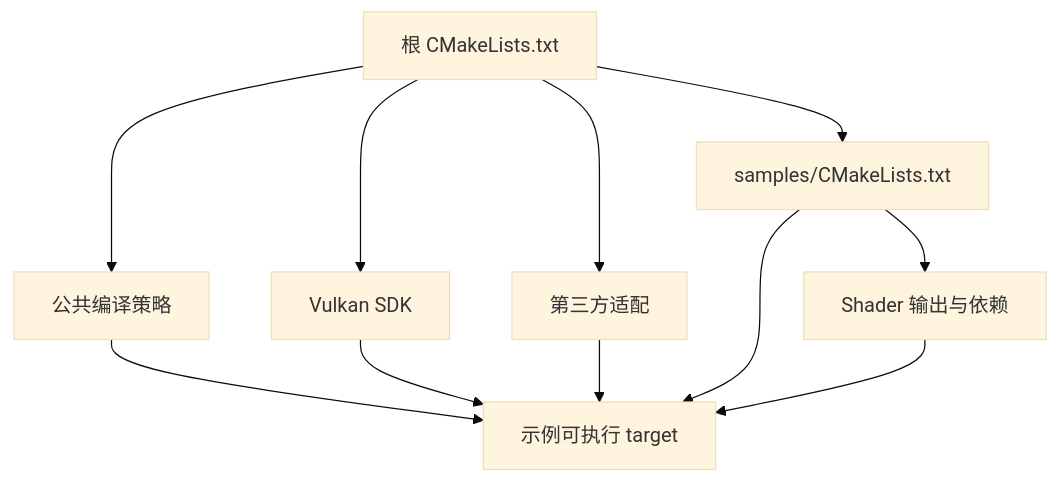
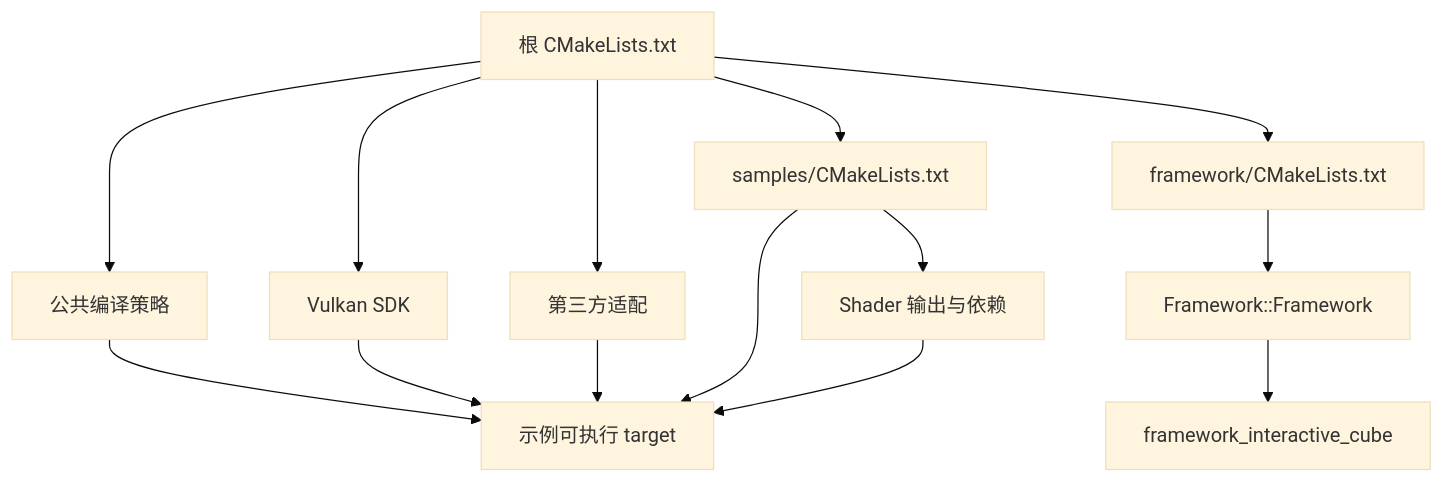
One commit to parkerkit/vulkan-labs changed the diagram in docs/project-layout.md. Above: the diagram before and after it, drawn with Mermaid (base theme). The commit also changed other lines of this file and 45 other files, not shown here.

````diff
--- a/docs/project-layout.md
+++ b/docs/project-layout.md
@@ -26,13 +29,16 @@
 ```mermaid
 flowchart TD
     Root["根 CMakeLists.txt"] --> Policy["公共编译策略"]
     Root --> SDK["Vulkan SDK"]
     Root --> ThirdParty["第三方适配"]
     Root --> Samples["samples/CMakeLists.txt"]
+    Root --> Framework["framework/CMakeLists.txt"]
+    Framework --> FrameworkLibrary["Framework::Framework"]
+    FrameworkLibrary --> Cube["framework_interactive_cube"]
     Policy --> Executable["示例可执行 target"]
     SDK --> Executable
     ThirdParty --> Executable
     Samples --> Executable
     Samples --> Shaders["Shader 输出与依赖"]
     Shaders --> Executable
 ```
````
